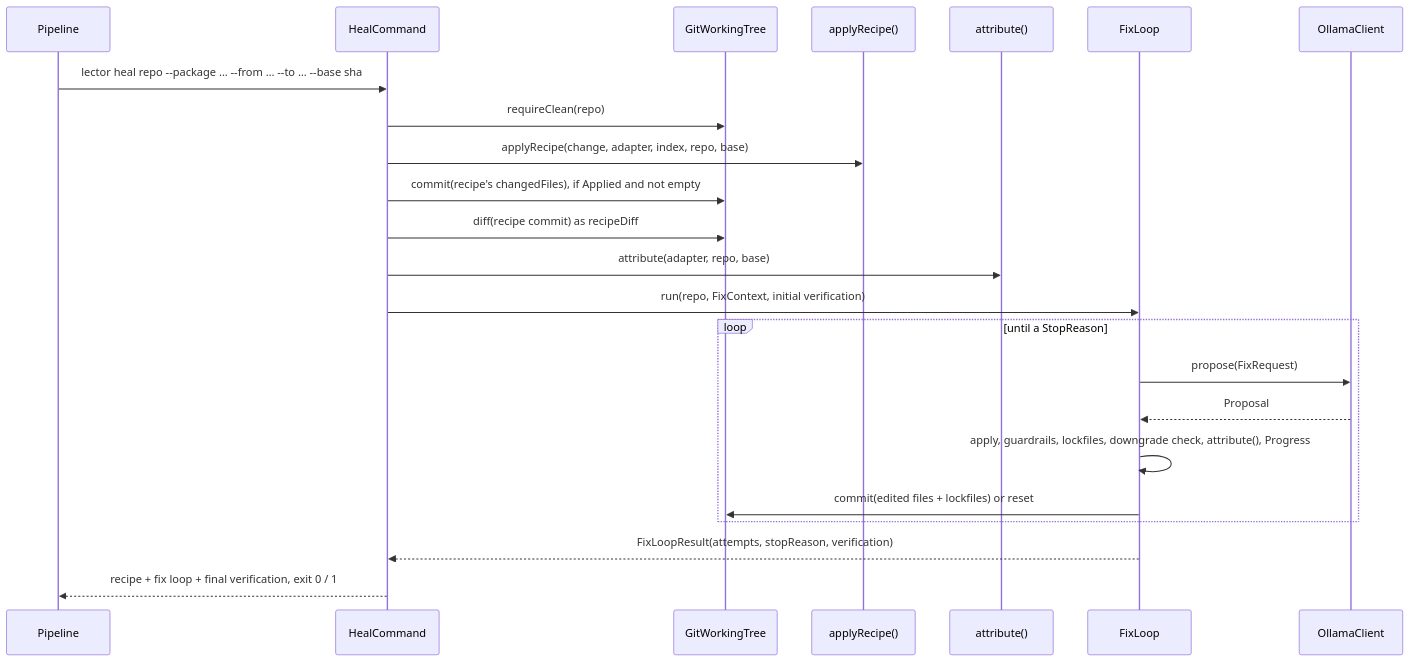
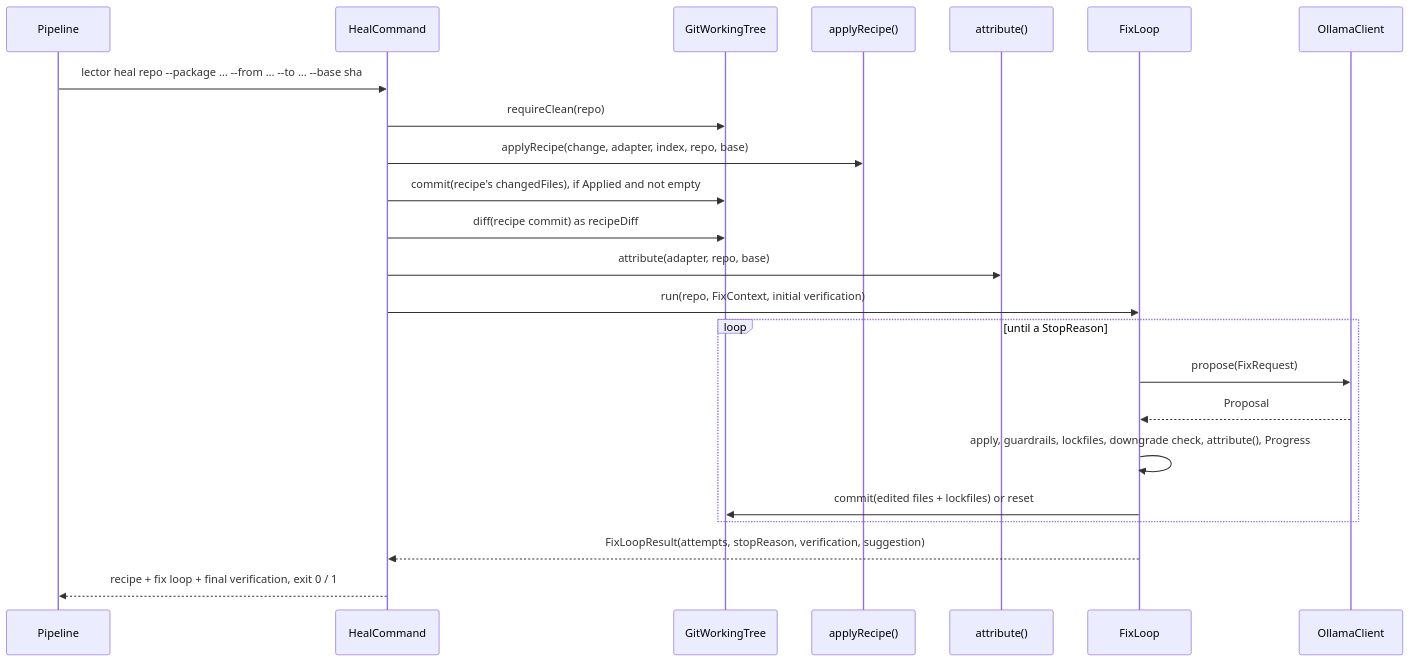
Before and after one commit to danvan86/lector-ai: the third of 4 diagrams in docs/architecture/fix-loop.md, drawn with Mermaid. The commit also changed other lines of this file and 70 other files, not shown here.

````diff
--- a/docs/architecture/fix-loop.md
+++ b/docs/architecture/fix-loop.md
@@ -77,25 +80,25 @@
 ```mermaid
 sequenceDiagram
     participant P as Pipeline
     participant H as HealCommand
     participant W as GitWorkingTree
     participant R as applyRecipe()
     participant A as attribute()
     participant L as FixLoop
     participant O as OllamaClient
     P->>H: lector heal repo --package … --from … --to … --base sha
     H->>W: requireClean(repo)
     H->>R: applyRecipe(change, adapter, index, repo, base)
     H->>W: commit(recipe's changedFiles), if Applied and not empty
     H->>W: diff(recipe commit) as recipeDiff
     H->>A: attribute(adapter, repo, base)
     H->>L: run(repo, FixContext, initial verification)
     loop until a StopReason
         L->>O: propose(FixRequest)
         O-->>L: Proposal
         L->>L: apply, guardrails, lockfiles, downgrade check, attribute(), Progress
         L->>W: commit(edited files + lockfiles) or reset
     end
-    L-->>H: FixLoopResult(attempts, stopReason, verification)
+    L-->>H: FixLoopResult(attempts, stopReason, verification, suggestion)
     H-->>P: recipe + fix loop + final verification, exit 0 / 1
 ```
````
